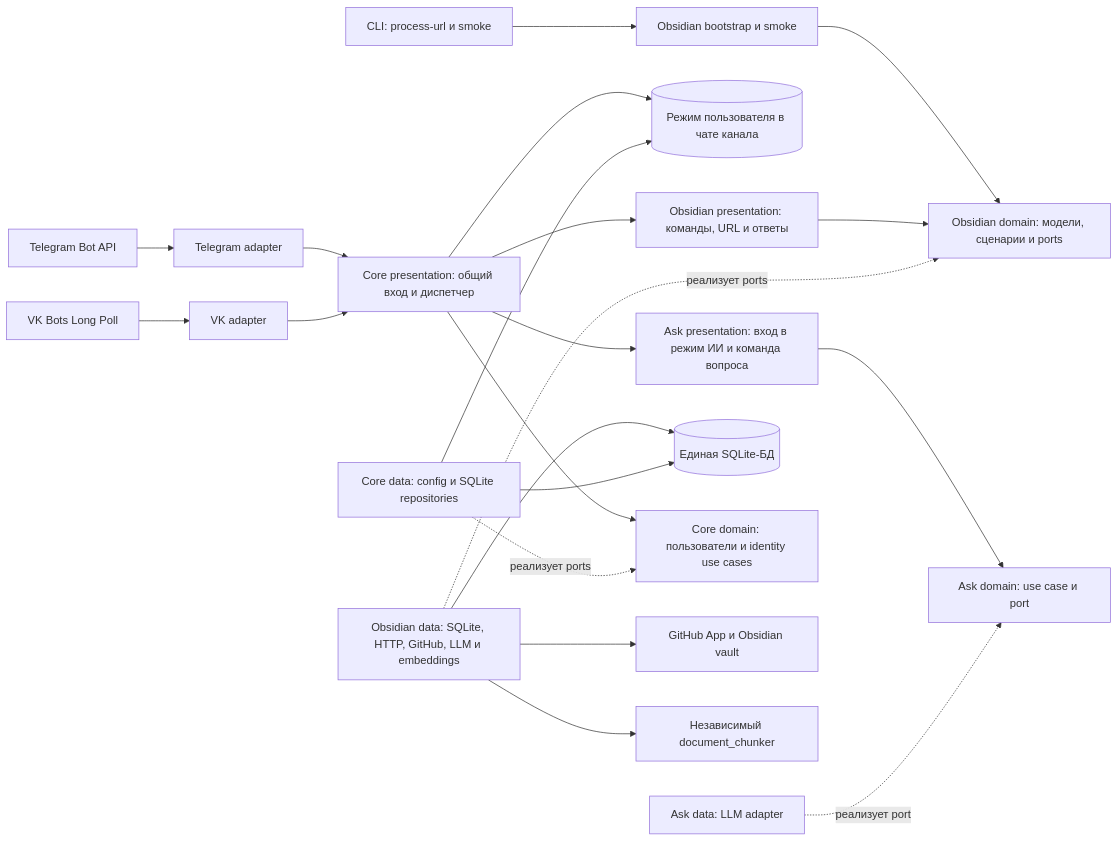
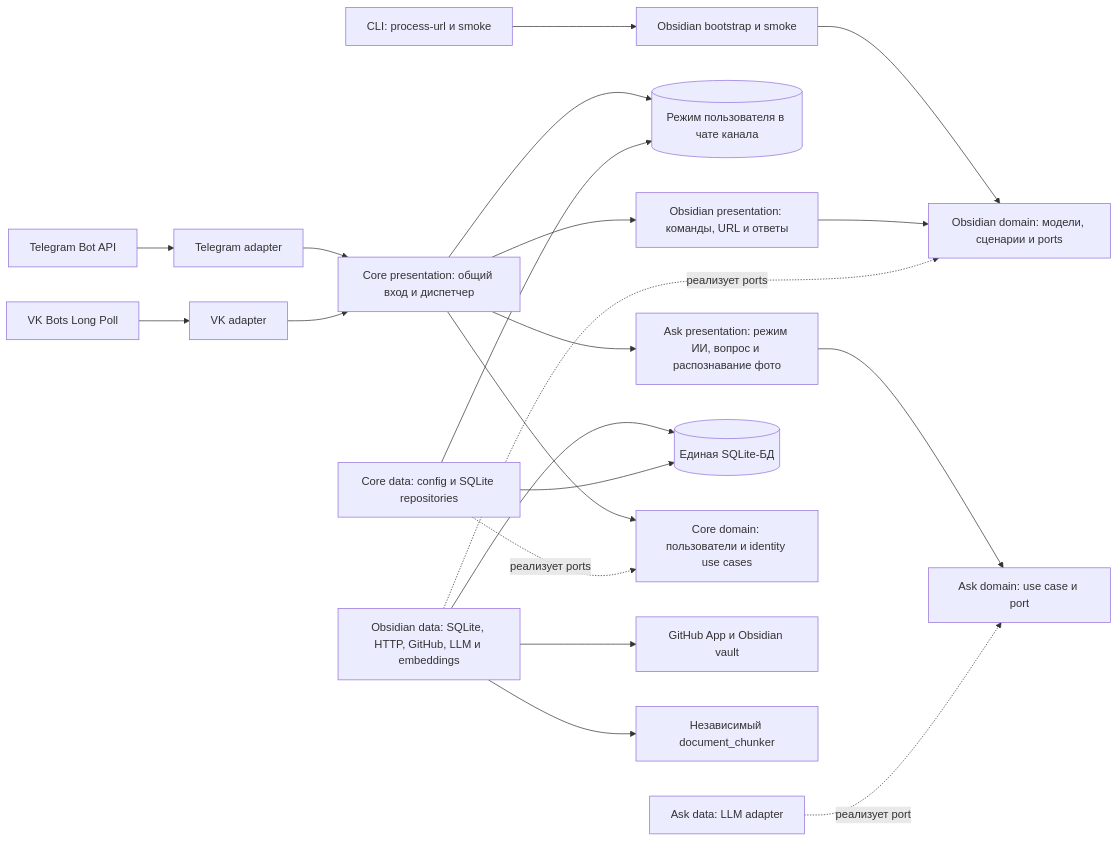
One commit to karateka-git/compadre-assistant changed the first of 2 diagrams in docs/ARCHITECTURE.md. Above: the diagram before and after it, drawn with Mermaid. The commit also changed other lines of this file and 15 other files, not shown here.

Commit message:
Подключить распознавание фото в режиме ИИ

````diff
--- a/docs/ARCHITECTURE.md
+++ b/docs/ARCHITECTURE.md
@@ -18,23 +18,23 @@
 ```mermaid
 flowchart LR
     TG[Telegram Bot API] --> TA[Telegram adapter]
     VK[VK Bots Long Poll] --> VA[VK adapter]
     CLI[CLI: process-url и smoke] --> OB[Obsidian bootstrap и smoke]
     OB --> OD[Obsidian domain: модели, сценарии и ports]
     TA --> IN[Core presentation: общий вход и диспетчер]
     VA --> IN
     IN --> MODE[(Режим пользователя в чате канала)]
     IN --> OP[Obsidian presentation: команды, URL и ответы]
     OP --> OD
-    IN --> AP[Ask presentation: вход в режим ИИ и команда вопроса]
+    IN --> AP[Ask presentation: режим ИИ, вопрос и распознавание фото]
     AP --> AD[Ask domain: use case и port]
     AM[Ask data: LLM adapter] -. реализует port .-> AD
     ODATA[Obsidian data: SQLite, HTTP, GitHub, LLM и embeddings] -. реализует ports .-> OD
     ODATA --> DB[(Единая SQLite-БД)]
     IN --> USERS[Core domain: пользователи и identity use cases]
     CDATA[Core data: config и SQLite repositories] -. реализует ports .-> USERS
     CDATA --> MODE
     CDATA --> DB
     ODATA --> GH[GitHub App и Obsidian vault]
     ODATA --> DC[Независимый document_chunker]
 ```
````
